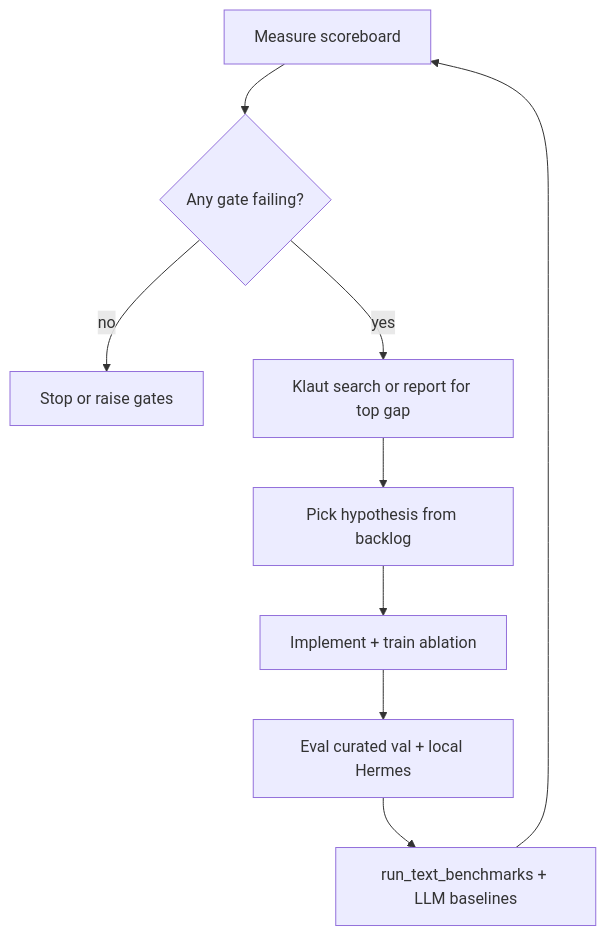
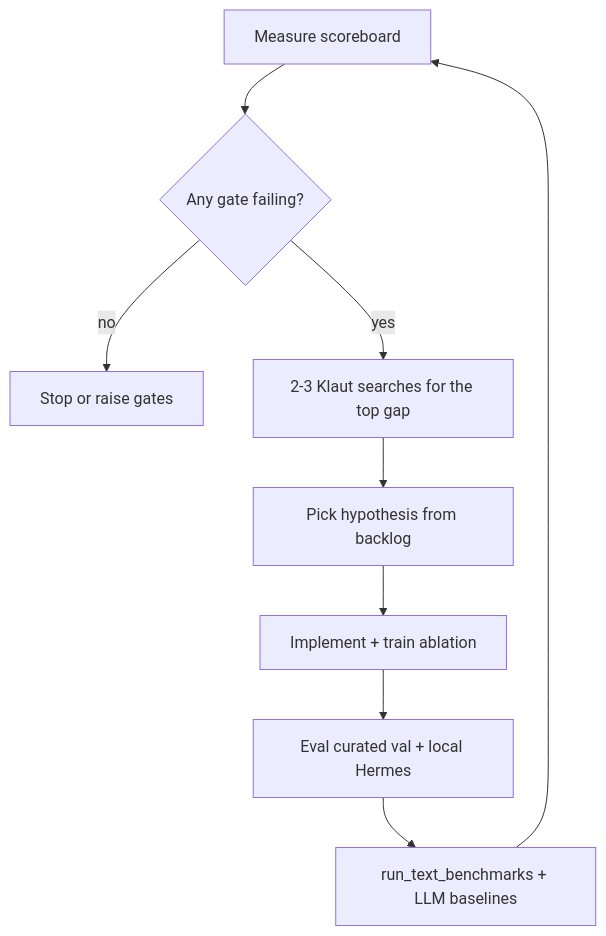
One commit to cap-jmk-real/nca_research changed the diagram in docs/auto-research-loop.md. Above: the diagram before and after it, drawn with Mermaid. The commit also changed other lines of this file and 3 other files, not shown here.

First line of the commit message:
feat: target Klaut intake at the failing harness gap

````diff
--- a/docs/auto-research-loop.md
+++ b/docs/auto-research-loop.md
@@ -95,11 +105,11 @@
 ```mermaid
 flowchart TD
   A[Measure scoreboard] --> B{Any gate failing?}
   B -->|no| Z[Stop or raise gates]
-  B -->|yes| C[Klaut search or report for top gap]
+  B -->|yes| C[2-3 Klaut searches for the top gap]
   C --> D[Pick hypothesis from backlog]
   D --> E[Implement + train ablation]
   E --> F[Eval curated val + local Hermes]
   F --> G[run_text_benchmarks + LLM baselines]
   G --> A
 ```
````
